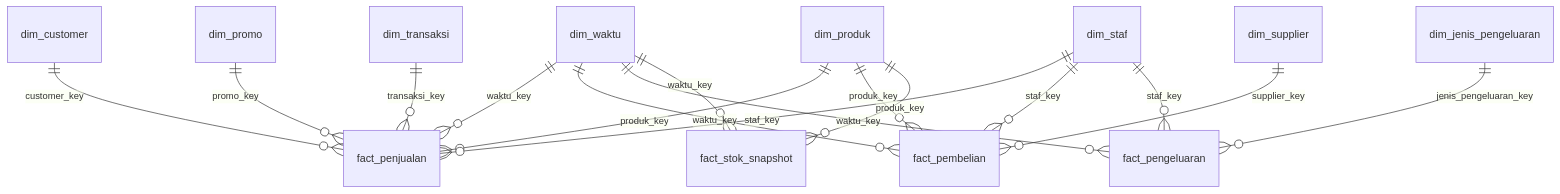
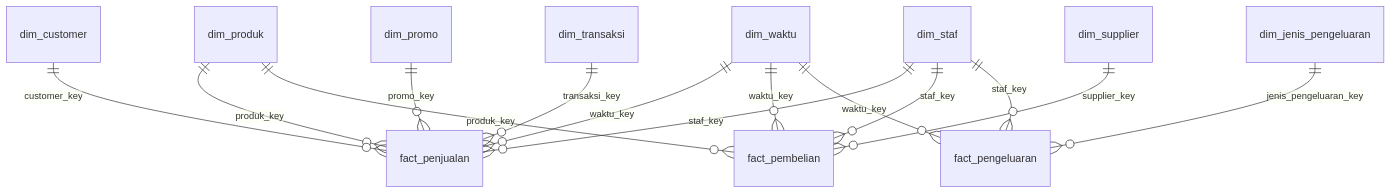
Before and after one commit to Dendyap29/UAS_Basdat_UMKM: the diagram in README.md, drawn with Mermaid. The commit also changed other lines of this file and 5 other files, not shown here.

First line of the commit message:
Dokumentasi UAS: panduan, ERD/PDM otomatis, dump SQL OLTP dan DW

````diff
--- a/README.md
+++ b/README.md
@@ -103,21 +106,18 @@
 ```mermaid
 erDiagram
     dim_waktu ||--o{ fact_penjualan : waktu_key
     dim_produk ||--o{ fact_penjualan : produk_key
     dim_customer ||--o{ fact_penjualan : customer_key
     dim_staf ||--o{ fact_penjualan : staf_key
     dim_promo ||--o{ fact_penjualan : promo_key
     dim_transaksi ||--o{ fact_penjualan : transaksi_key
 
     dim_waktu ||--o{ fact_pembelian : waktu_key
     dim_produk ||--o{ fact_pembelian : produk_key
     dim_supplier ||--o{ fact_pembelian : supplier_key
     dim_staf ||--o{ fact_pembelian : staf_key
 
     dim_waktu ||--o{ fact_pengeluaran : waktu_key
     dim_jenis_pengeluaran ||--o{ fact_pengeluaran : jenis_pengeluaran_key
     dim_staf ||--o{ fact_pengeluaran : staf_key
-
-    dim_waktu ||--o{ fact_stok_snapshot : waktu_key
-    dim_produk ||--o{ fact_stok_snapshot : produk_key
 ```
````
